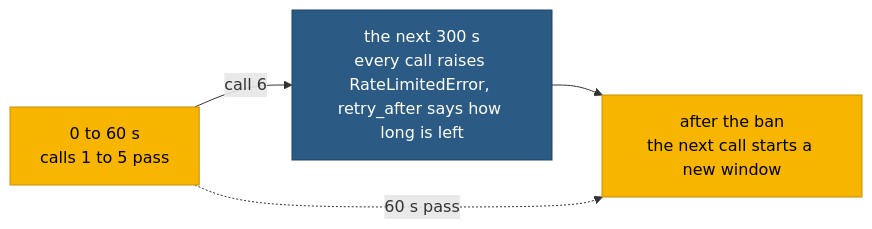
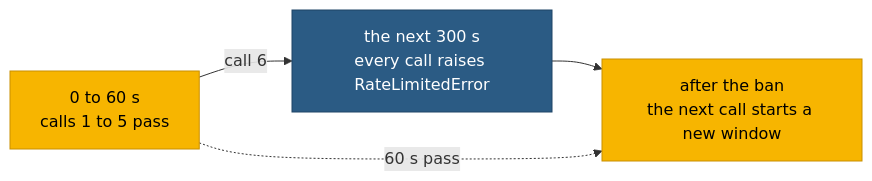
The diagram in docs/guides/locks/rate-limits.md (eugeneliukindev/pashe), drawn with Mermaid before and after one commit. The commit also changed 9 other files, not shown here.

Commit message:
docs: show pip install and the badges of the checks in the head, keep the diagrams that show order, branches and time, and raise the bar the examples cover

````diff
--- a/docs/guides/locks/rate-limits.md
+++ b/docs/guides/locks/rate-limits.md
@@ -60,10 +60,10 @@
     ```mermaid
     flowchart LR
-        window["0 to 60 s<br/>calls 1 to 5 pass"] -- "call 6" --> ban["the next 300 s<br/>every call raises RateLimitedError, retry_after says how long is left"]
+        window["0 to 60 s<br/>calls 1 to 5 pass"] -- "call 6" --> ban["the next 300 s<br/>every call raises RateLimitedError"]
         ban --> next["after the ban<br/>the next call starts a new window"]
         window -. "60 s pass" .-> next
         classDef fromCache fill:#f7b500,color:#000000,stroke:#c98f00
         classDef fromSource fill:#2b5b84,color:#ffffff,stroke:#1f4466
         class window,next fromCache
         class ban fromSource
     ```
````
